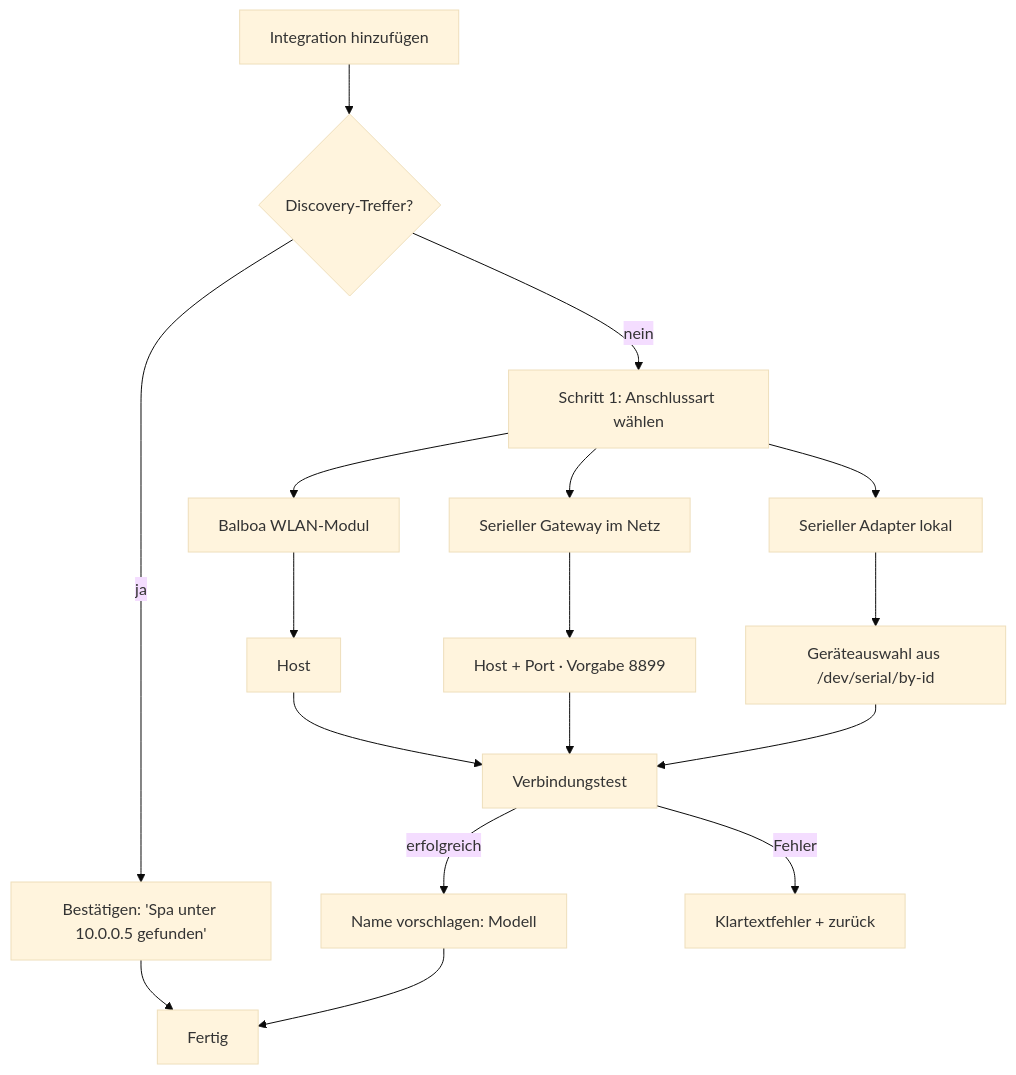
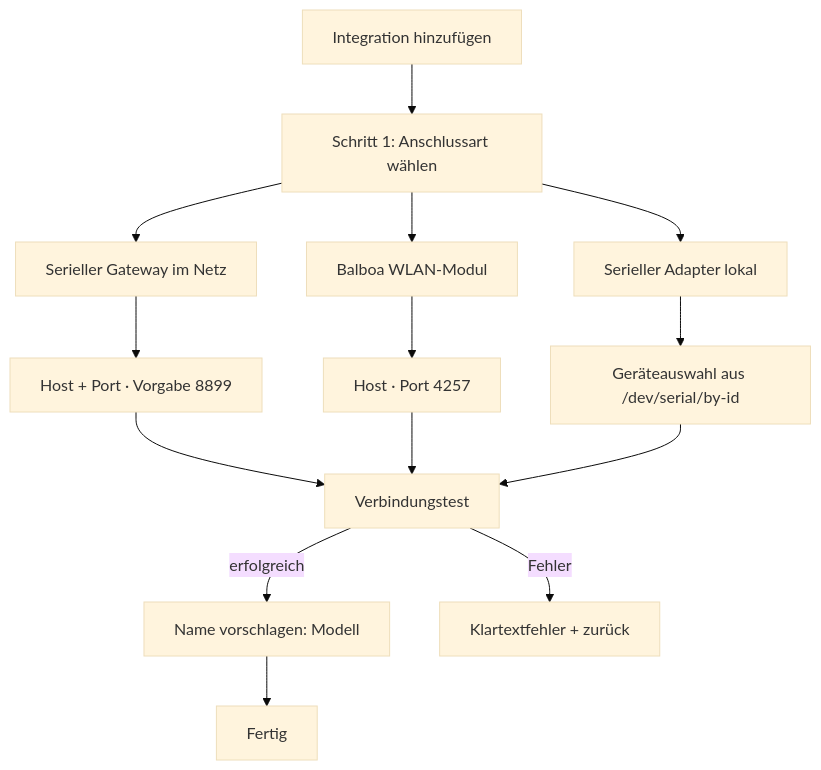
One commit to erazorlll/SPAcentral-for-balboa changed the diagram in docs/05-ux-configflow.md. Above: the diagram before and after it, drawn with Mermaid (base theme). The commit also changed other lines of this file and 6 other files, not shown here.

````diff
--- a/docs/05-ux-configflow.md
+++ b/docs/05-ux-configflow.md
@@ -10,15 +10,12 @@
 ```mermaid
 flowchart TD
-    S[Integration hinzufügen] --> D{Discovery-Treffer?}
-    D -->|ja| C[Bestätigen: 'Spa unter 10.0.0.5 gefunden']
-    D -->|nein| T[Schritt 1: Anschlussart wählen]
-    C --> OK[Fertig]
+    S[Integration hinzufügen] --> T[Schritt 1: Anschlussart wählen]
+    T --> T2[Serieller Gateway im Netz]
     T --> T1[Balboa WLAN-Modul]
-    T --> T2[Serieller Gateway im Netz]
     T --> T3[Serieller Adapter lokal]
-    T1 --> F1[Host] --> V[Verbindungstest]
-    T2 --> F2[Host + Port · Vorgabe 8899] --> V
+    T2 --> F2[Host + Port · Vorgabe 8899] --> V[Verbindungstest]
+    T1 --> F1[Host · Port 4257] --> V
     T3 --> F3[Geräteauswahl aus /dev/serial/by-id] --> V
-    V -->|erfolgreich| N[Name vorschlagen: Modell] --> OK
+    V -->|erfolgreich| N[Name vorschlagen: Modell] --> OK[Fertig]
     V -->|Fehler| E[Klartextfehler + zurück]
 ```
````
